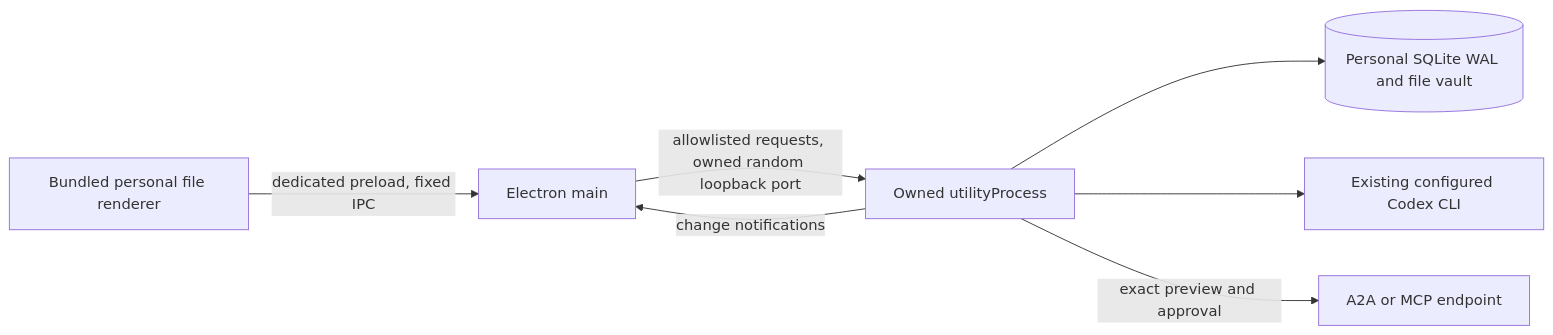
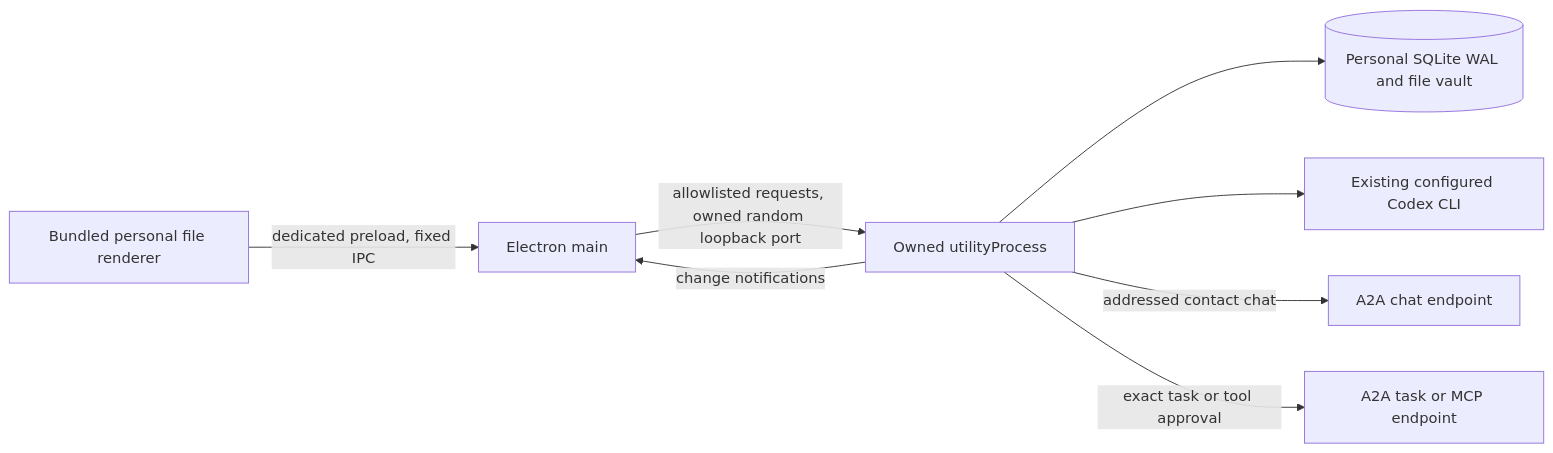
One commit to cubxxw/agentstudio changed the first of 2 diagrams in docs/architecture.md. Above: the diagram before and after it, drawn with Mermaid. The commit also changed 14 other files, not shown here.

````diff
--- a/docs/architecture.md
+++ b/docs/architecture.md
@@ -7,9 +7,10 @@
 ```mermaid
 flowchart LR
   R[Bundled personal file renderer] -->|dedicated preload, fixed IPC| M[Electron main]
   M -->|allowlisted requests, owned random loopback port| U[Owned utilityProcess]
   U --> DB[(Personal SQLite WAL and file vault)]
   U --> CLI[Existing configured Codex CLI]
-  U -->|exact preview and approval| REM[A2A or MCP endpoint]
+  U -->|addressed contact chat| A2A[A2A chat endpoint]
+  U -->|exact task or tool approval| REM[A2A task or MCP endpoint]
   U -->|change notifications| M
 ```
````
